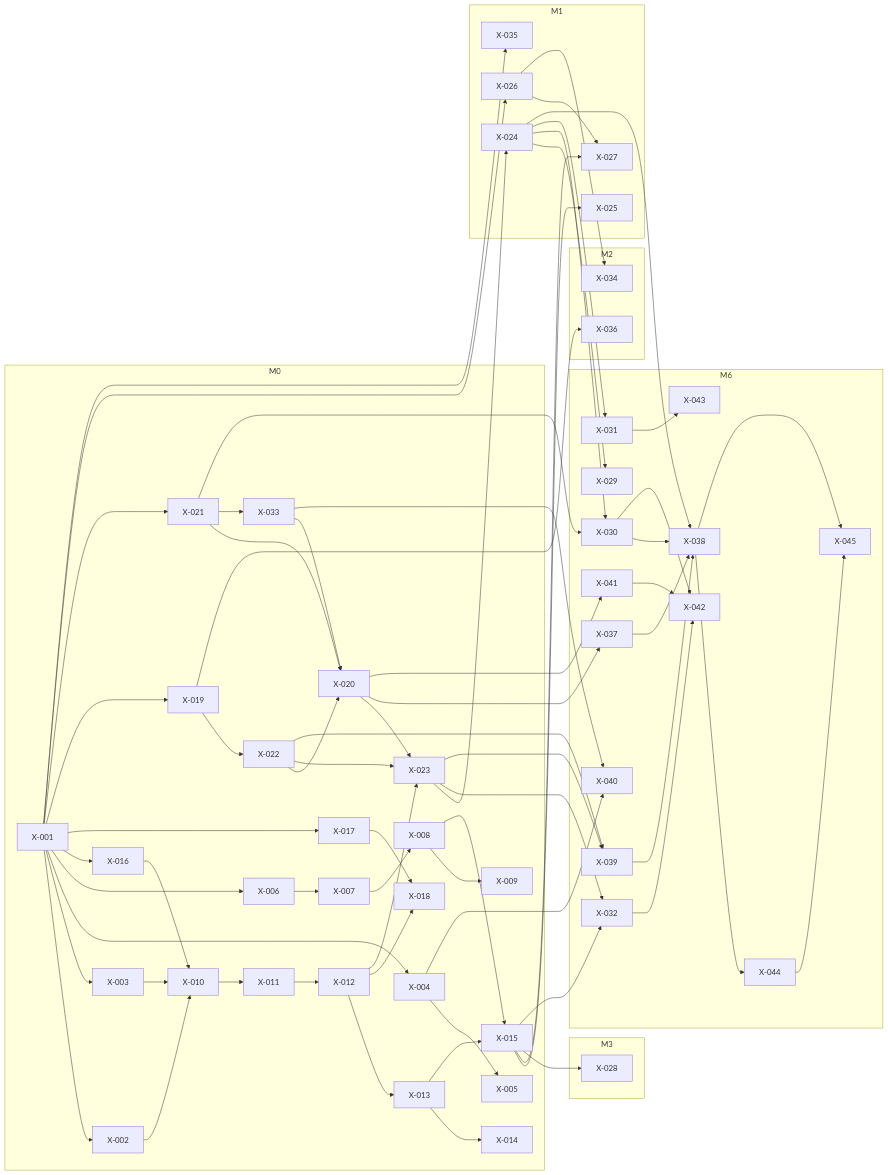
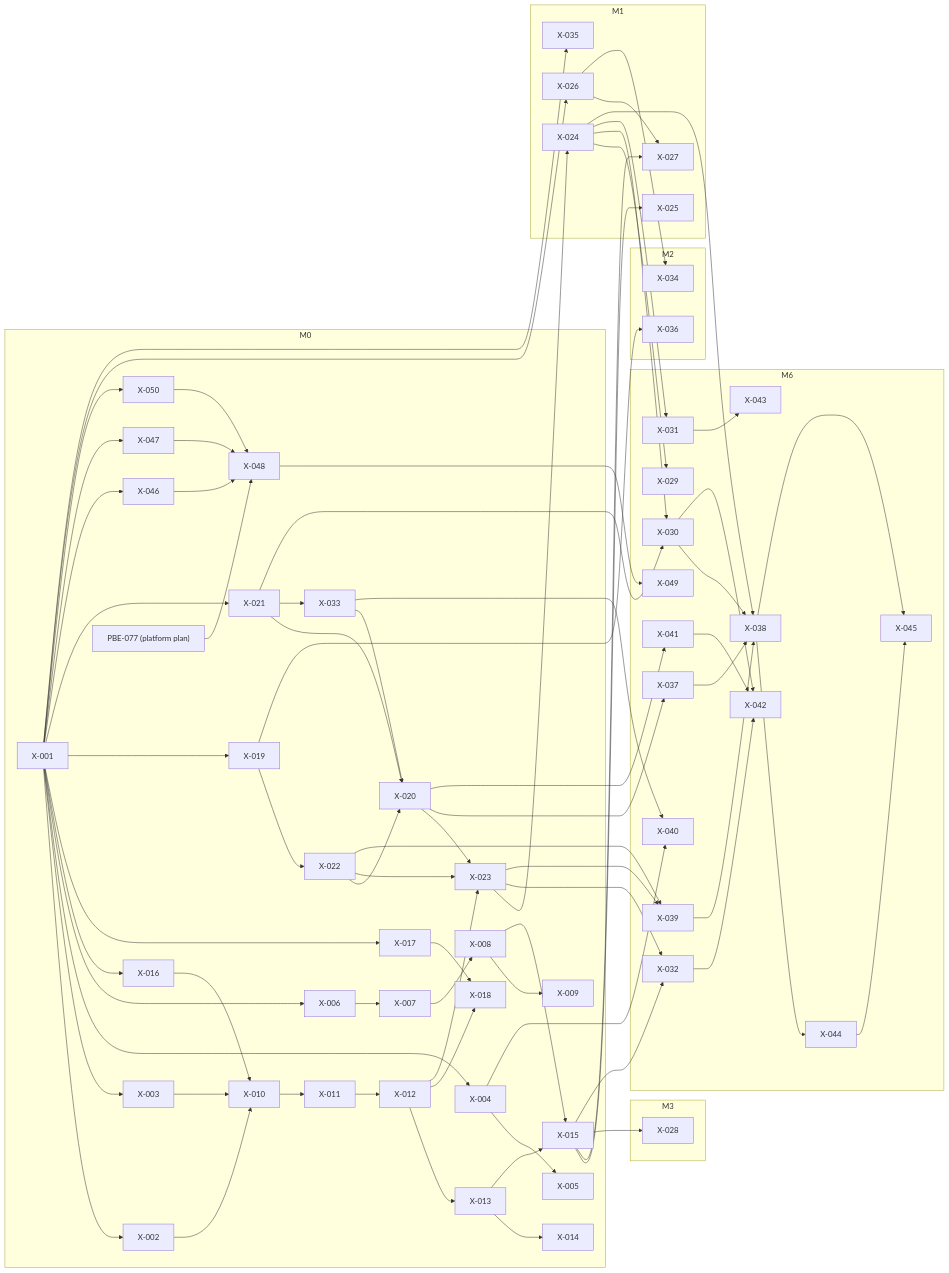
One commit to bhagwati-prasad/velexis-ota changed the diagram in docs/mvp/plans/foundation-tasks.md. Above: the diagram before and after it, drawn with Mermaid. The commit also changed other lines of this file and 15 other files, not shown here.

````diff
--- a/docs/mvp/plans/foundation-tasks.md
+++ b/docs/mvp/plans/foundation-tasks.md
@@ -1257,6 +1375,11 @@
     X_022["X-022"]
     X_023["X-023"]
     X_033["X-033"]
+    X_046["X-046"]
+    X_047["X-047"]
+    X_050["X-050"]
+    X_048["X-048"]
+    PBE_077["PBE-077 (platform plan)"]
   end
   subgraph M1["M1"]
     X_024["X-024"]
@@ -1286,6 +1409,7 @@
     X_043["X-043"]
     X_044["X-044"]
     X_045["X-045"]
+    X_049["X-049"]
   end
   X_001 --> X_002
   X_001 --> X_003
@@ -1318,6 +1442,13 @@
   X_020 --> X_023
   X_022 --> X_023
   X_021 --> X_033
+  X_001 --> X_046
+  X_001 --> X_047
+  X_001 --> X_050
+  X_046 --> X_048
+  X_047 --> X_048
+  X_050 --> X_048
+  PBE_077 --> X_048
   X_023 --> X_024
   X_015 --> X_025
   X_001 --> X_026
@@ -1350,4 +1481,5 @@
   X_038 --> X_044
   X_038 --> X_045
   X_044 --> X_045
+  X_048 --> X_049
 ```
````
